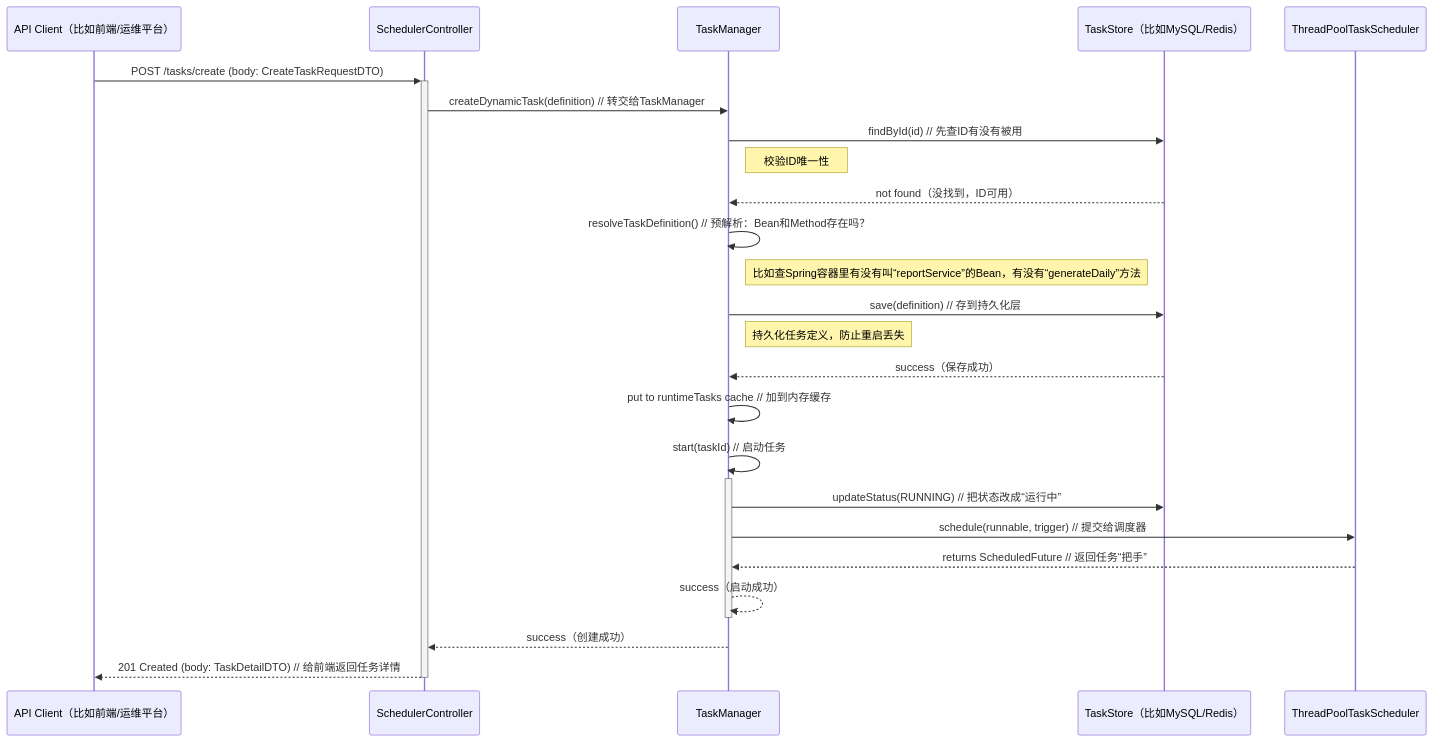
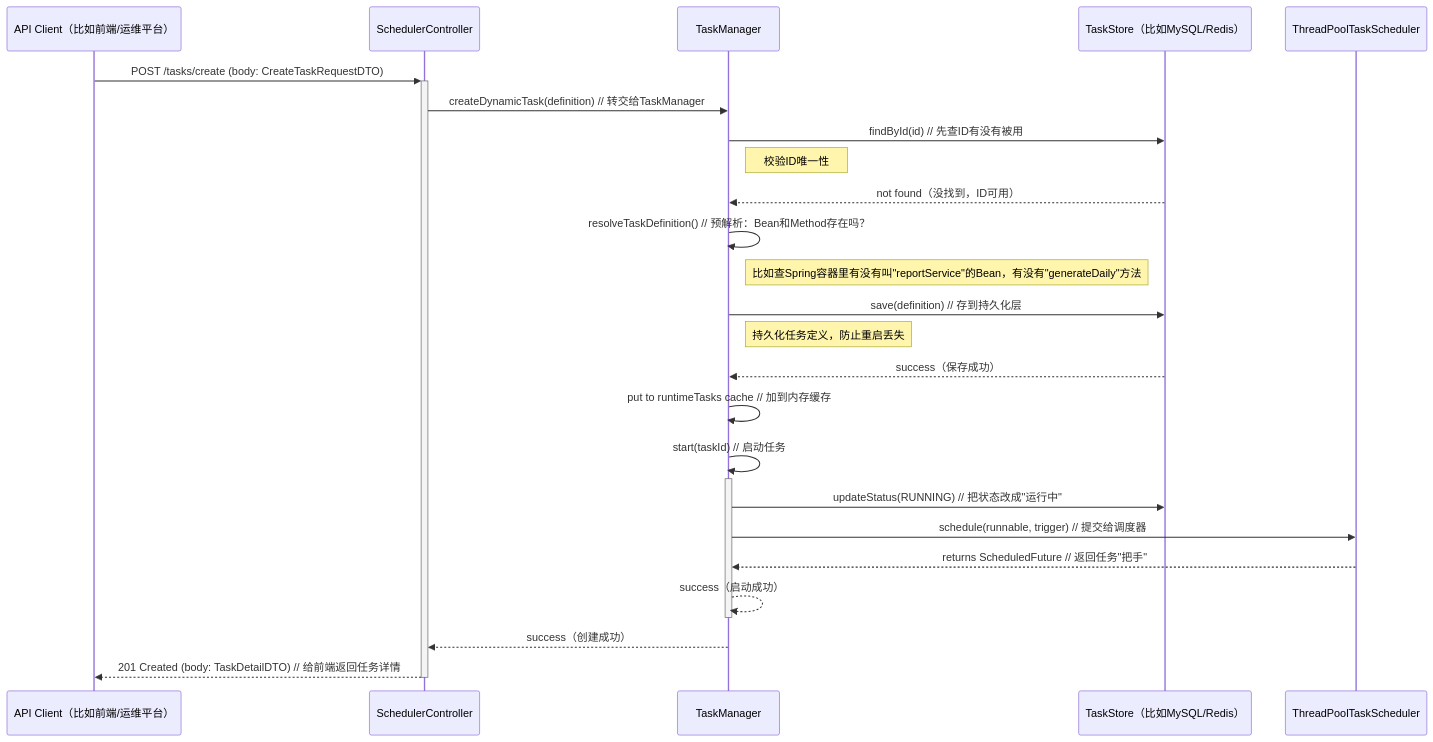
Before and after one commit to deathwhispers/deathwhispers.github.io: the third of 3 diagrams in _posts/framework/2025-09-12-Spring Boot定时任务再进化从Scheduled到企业级动态调度框架的设计之旅六.md, drawn with Mermaid. The commit also changed other lines of this file and 407 other files, not shown here.

````diff
--- a/_posts/framework/2025-09-12-Spring Boot定时任务再进化从Scheduled到企业级动态调度框架的设计之旅六.md
+++ b/_posts/framework/2025-09-12-Spring Boot定时任务再进化从Scheduled到企业级动态调度框架的设计之旅六.md
@@ -137,26 +137,26 @@
 ```mermaid
 sequenceDiagram
     participant Client as API Client（比如前端/运维平台）
     participant Controller as SchedulerController
     participant TM as TaskManager
     participant Store as TaskStore（比如MySQL/Redis）
     participant Scheduler as ThreadPoolTaskScheduler
     Client ->>+ Controller: POST /tasks/create (body: CreateTaskRequestDTO)
     Controller ->> TM: createDynamicTask(definition) // 转交给TaskManager
     TM ->> Store: findById(id) // 先查ID有没有被用
     Note right of TM: 校验ID唯一性
     Store -->> TM: not found（没找到，ID可用）
     TM ->> TM: resolveTaskDefinition() // 预解析：Bean和Method存在吗？
-    Note right of TM: 比如查Spring容器里有没有叫“reportService”的Bean，有没有“generateDaily”方法
+    Note right of TM: 比如查Spring容器里有没有叫"reportService"的Bean，有没有"generateDaily"方法
     TM ->> Store: save(definition) // 存到持久化层
     Note right of TM: 持久化任务定义，防止重启丢失
     Store -->> TM: success（保存成功）
     TM ->> TM: put to runtimeTasks cache // 加到内存缓存
     TM ->>+ TM: start(taskId) // 启动任务
-    TM ->> Store: updateStatus(RUNNING) // 把状态改成“运行中”
+    TM ->> Store: updateStatus(RUNNING) // 把状态改成"运行中"
     TM ->> Scheduler: schedule(runnable, trigger) // 提交给调度器
-    Scheduler -->> TM: returns ScheduledFuture // 返回任务“把手”
+    Scheduler -->> TM: returns ScheduledFuture // 返回任务"把手"
     TM -->>- TM: success（启动成功）
     TM -->> Controller: success（创建成功）
     Controller -->>- Client: 201 Created (body: TaskDetailDTO) // 给前端返回任务详情
 ```
````
